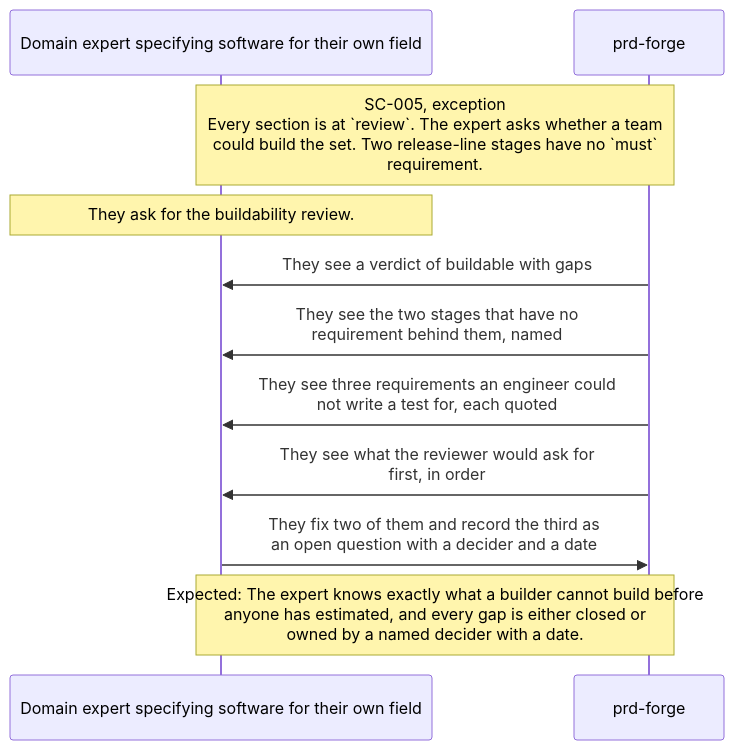
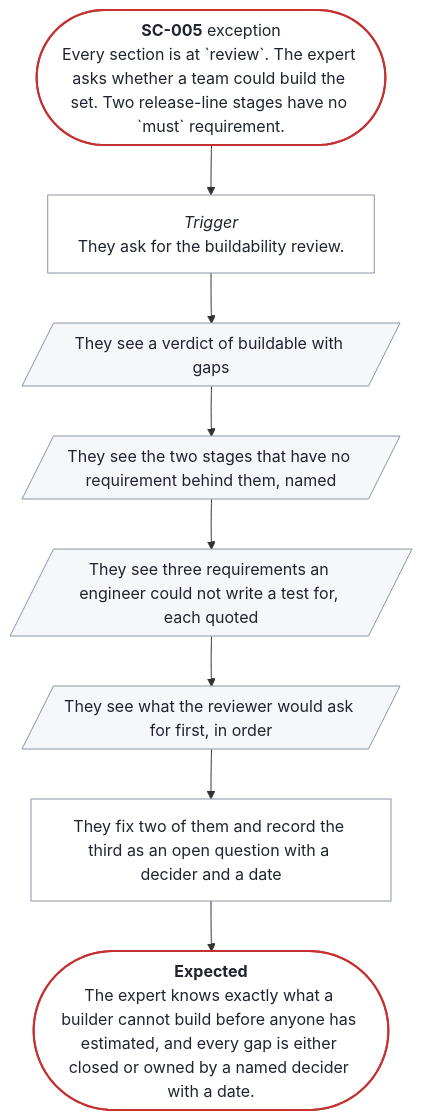
The diagram in docs/prd/prd-forge/diagrams/SC-005.mmd (SpillwaveSolutions/prd-forge), drawn with Mermaid before and after one commit. The commit also changed 30 other files, not shown here.

First line of the commit message:
Draw scenarios as flowcharts, and add stage satisfaction and scenario priority

```diff
--- a/docs/prd/prd-forge/diagrams/SC-005.mmd
+++ b/docs/prd/prd-forge/diagrams/SC-005.mmd
@@ -1,12 +1,22 @@
 %% Generated by prd-diagrams.mjs from the scenario front matter. Do not edit.
-sequenceDiagram
-  participant P as Domain expert specifying software for their own field
-  participant S as prd-forge
-  Note over P,S: SC-005, exception<br/>Every section is at `review`. The expert asks whether a team<br/>could build the set. Two release-line stages have no `must`<br/>requirement.
-  Note over P: They ask for the buildability review.
-  S->>P: They see a verdict of buildable with gaps
-  S->>P: They see the two stages that have no<br/>requirement behind them, named
-  S->>P: They see three requirements an engineer could<br/>not write a test for, each quoted
-  S->>P: They see what the reviewer would ask for<br/>first, in order
-  P->>S: They fix two of them and record the third as<br/>an open question with a decider and a date
-  Note over P,S: Expected: The expert knows exactly what a builder cannot build before<br/>anyone has estimated, and every gap is either closed or<br/>owned by a named decider with a date.
+%%{init: {"flowchart": {"wrappingWidth": 300}}}%%
+flowchart TB
+  start(["<b>SC-005</b> exception<br/>Every section is at `review`. The expert asks whether a team could build the set. Two release-line stages have no `must` requirement."])
+  trigger["<i>Trigger</i><br/>They ask for the buildability review."]
+  s0[/"They see a verdict of buildable with gaps"/]
+  s1[/"They see the two stages that have no requirement behind them, named"/]
+  s2[/"They see three requirements an engineer could not write a test for, each quoted"/]
+  s3[/"They see what the reviewer would ask for first, in order"/]
+  s4["They fix two of them and record the third as an open question with a decider and a date"]
+  done(["<b>Expected</b><br/>The expert knows exactly what a builder cannot build before anyone has estimated, and every gap is either closed or owned by a named decider with a date."])
+  start --> trigger --> s0 --> s1 --> s2 --> s3 --> s4 --> done
+  classDef ends fill:#FFFFFF,stroke:#C53030,stroke-width:2px,color:#1F2430
+  classDef sees fill:#F5F7FA,stroke:#8A94A6,color:#1F2430
+  classDef does fill:#FFFFFF,stroke:#8A94A6,color:#1F2430
+  class start,done ends
+  class s0 sees
+  class s1 sees
+  class s2 sees
+  class s3 sees
+  class s4 does
+  class trigger does
```
